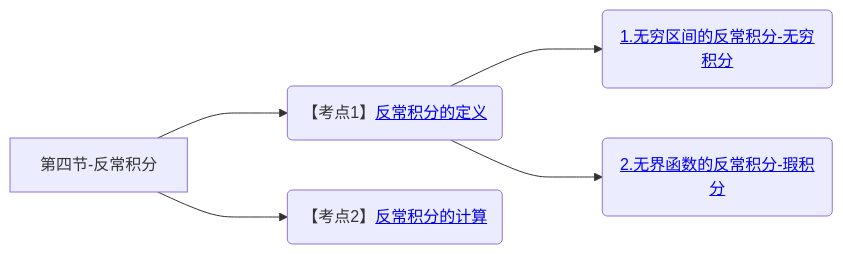
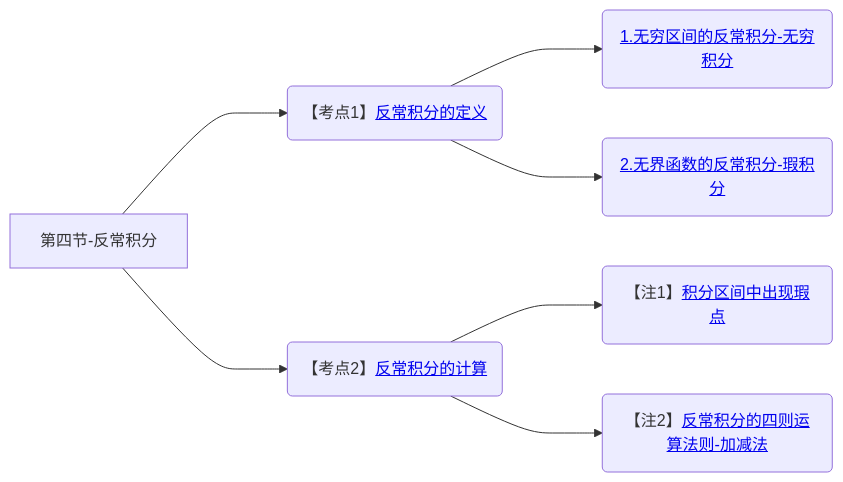
Diagram 22 of 22 in 笔记/数学/周洋鑫/01.基础班思维导图.md (yuebinghui/note), drawn with Mermaid before and after one commit. The commit also changed 4 other files, not shown here.

````diff
--- a/笔记/数学/周洋鑫/01.基础班思维导图.md
+++ b/笔记/数学/周洋鑫/01.基础班思维导图.md
@@ -789,13 +789,15 @@
 ```mermaid
 graph LR
 第四节-反常积分
 
 第四节-反常积分--->反常积分的定义(【考点1】<a href="/Users/yuebinghui/Documents/program/github/note/笔记/数学/周洋鑫/基础班/25.定积分的应用.md#反常积分的定义">反常积分的定义</>)
 反常积分的定义--->1.无穷区间的反常积分-无穷积分(<a href="/Users/yuebinghui/Documents/program/github/note/笔记/数学/周洋鑫/基础班/25.定积分的应用.md#1.无穷区间的反常积分-无穷积分">1.无穷区间的反常积分-无穷积分</>)
 反常积分的定义--->2.无界函数的反常积分-瑕积分(<a href="/Users/yuebinghui/Documents/program/github/note/笔记/数学/周洋鑫/基础班/25.定积分的应用.md#2.无界函数的反常积分-瑕积分">2.无界函数的反常积分-瑕积分</>)
 
 第四节-反常积分--->反常积分的计算(【考点2】<a href="/Users/yuebinghui/Documents/program/github/note/笔记/数学/周洋鑫/基础班/25.定积分的应用.md#反常积分的计算">反常积分的计算</>)
+反常积分的计算--->积分区间中出现瑕点(【注1】<a href="/Users/yuebinghui/Documents/program/github/note/笔记/数学/周洋鑫/基础班/25.定积分的应用.md#积分区间中出现瑕点">积分区间中出现瑕点</>)
+反常积分的计算--->反常积分的四则运算法则-加减法(【注2】<a href="/Users/yuebinghui/Documents/program/github/note/笔记/数学/周洋鑫/基础班/25.定积分的应用.md#反常积分的四则运算法则-加减法">反常积分的四则运算法则-加减法</>)
 
 
 
 ```
````
